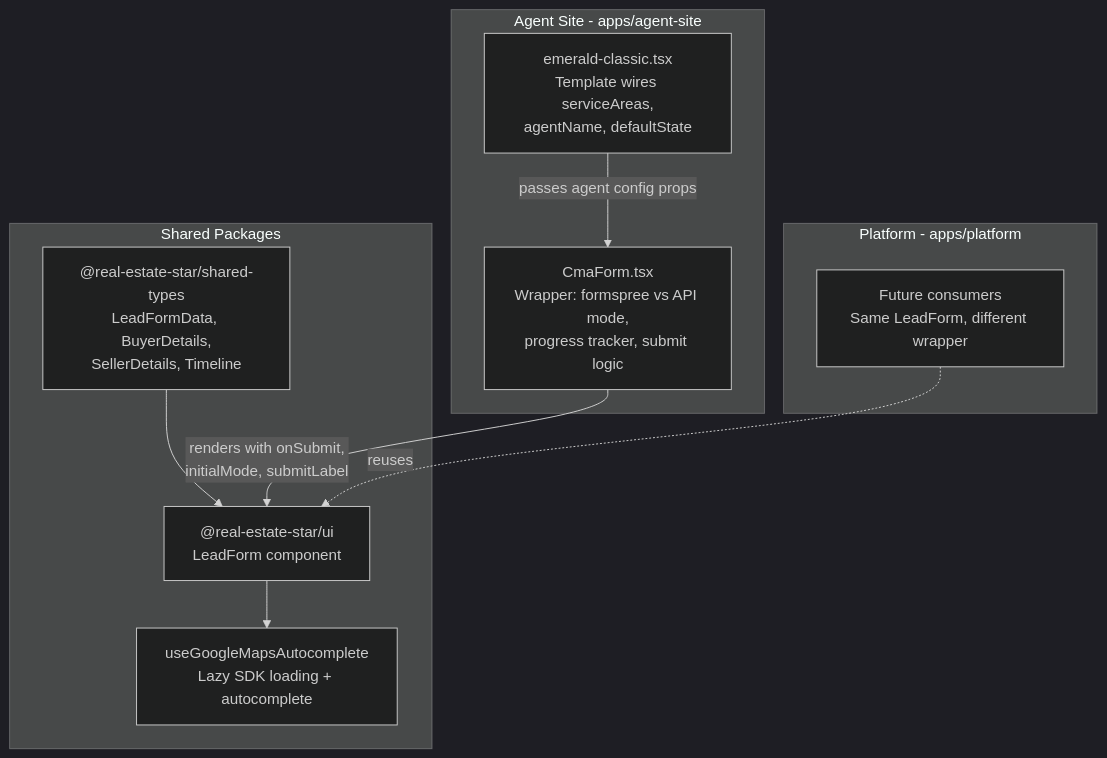
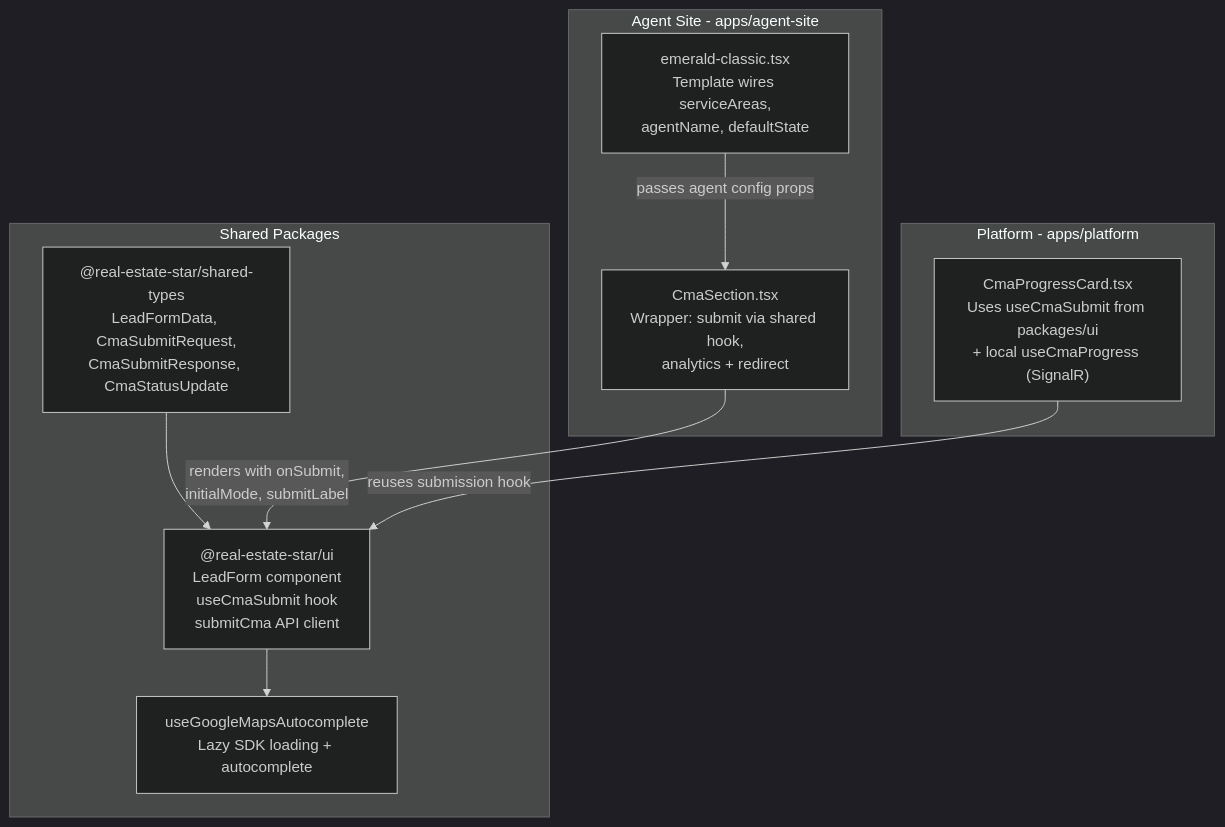
One commit to edward-rosado/jenisesells-website changed the diagram in docs/architecture/shared-lead-form-component-hierarchy.md. Above: the diagram before and after it, drawn with Mermaid (dark theme). The commit also changed other lines of this file and 34 other files, not shown here.

First line of the commit message:
feat: consolidate CMA form submission into packages/ui, remove Formspree

````diff
--- a/docs/architecture/shared-lead-form-component-hierarchy.md
+++ b/docs/architecture/shared-lead-form-component-hierarchy.md
@@ -5,23 +5,23 @@
 ```mermaid
 flowchart TD
     subgraph Packages ["Shared Packages"]
-        ST["@real-estate-star/shared-types<br/>LeadFormData, BuyerDetails,<br/>SellerDetails, Timeline"]
-        UI["@real-estate-star/ui<br/>LeadForm component"]
+        ST["@real-estate-star/shared-types<br/>LeadFormData, CmaSubmitRequest,<br/>CmaSubmitResponse, CmaStatusUpdate"]
+        UI["@real-estate-star/ui<br/>LeadForm component<br/>useCmaSubmit hook<br/>submitCma API client"]
         Hook["useGoogleMapsAutocomplete<br/>Lazy SDK loading + autocomplete"]
     end
 
     subgraph AgentSite ["Agent Site - apps/agent-site"]
         EC["emerald-classic.tsx<br/>Template wires serviceAreas,<br/>agentName, defaultState"]
-        CF["CmaForm.tsx<br/>Wrapper: formspree vs API mode,<br/>progress tracker, submit logic"]
+        CS["CmaSection.tsx<br/>Wrapper: submit via shared hook,<br/>analytics + redirect"]
     end
 
     subgraph Platform ["Platform - apps/platform"]
-        Future["Future consumers<br/>Same LeadForm, different wrapper"]
+        CPC["CmaProgressCard.tsx<br/>Uses useCmaSubmit from packages/ui<br/>+ local useCmaProgress (SignalR)"]
     end
 
     ST --> UI
     UI --> Hook
-    EC -->|"passes agent config props"| CF
-    CF -->|"renders with onSubmit,<br/>initialMode, submitLabel"| UI
-    Future -.->|"reuses"| UI
+    EC -->|"passes agent config props"| CS
+    CS -->|"renders with onSubmit,<br/>initialMode, submitLabel"| UI
+    CPC -->|"reuses submission hook"| UI
 ```
````
